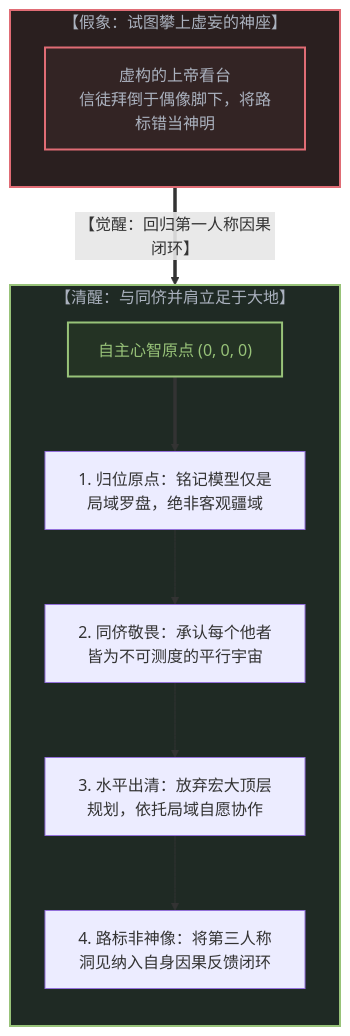
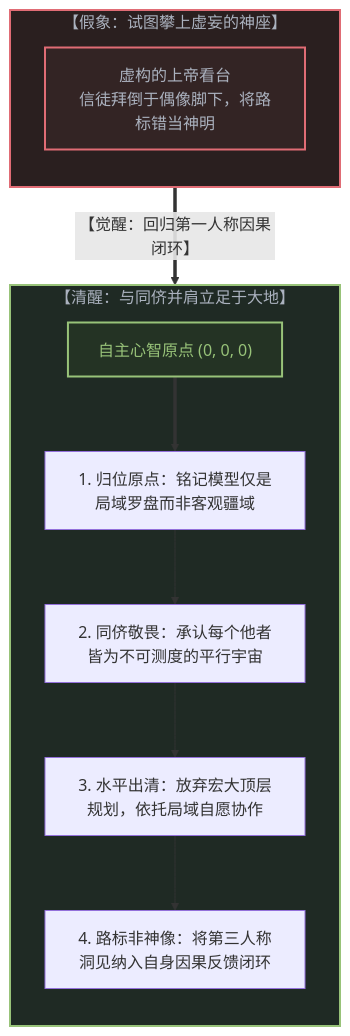
One commit to powerpig99/not-a-toe changed the ninth of 10 diagrams in content/posts/the-invisible-gods-eye.md. Above: the diagram before and after it, drawn with Mermaid. The commit also changed other lines of this file, not shown here.

````diff
--- a/content/posts/the-invisible-gods-eye.md
+++ b/content/posts/the-invisible-gods-eye.md
@@ -421,29 +421,29 @@
 ```mermaid
 graph TD
     subgraph FalseAscent["【假象：试图攀上虚妄的神座】"]
         direction TB
         GodBalcony["虚构的上帝看台<br>信徒拜倒于偶像脚下，将路标错当神明"]
     end
 
     FalseAscent ==>|"【觉醒：回归第一人称因果闭环】"| GroundedSovereignty
 
     subgraph GroundedSovereignty["【清醒：与同侪并肩立足于大地】"]
         direction TB
         OriginGround["自主心智原点 (0, 0, 0)"]
         
-        Step1["1. 归位原点：铭记模型仅是局域罗盘，绝非客观疆域"]
+        Step1["1. 归位原点：铭记模型仅是局域罗盘而非客观疆域"]
         Step2["2. 同侪敬畏：承认每个他者皆为不可测度的平行宇宙"]
         Step3["3. 水平出清：放弃宏大顶层规划，依托局域自愿协作"]
         Step4["4. 路标非神像：将第三人称洞见纳入自身因果反馈闭环"]
 
         OriginGround ==> Step1
         Step1 --> Step2
         Step2 --> Step3
         Step3 --> Step4
     end
 
     style FalseAscent fill:#2a1f1f,stroke:#e06c75,stroke-width:2px,color:#abb2bf
     style GroundedSovereignty fill:#1f2a24,stroke:#98c379,stroke-width:2px,color:#abb2bf
     style GodBalcony fill:#332424,stroke:#e06c75,stroke-width:2px,color:#abb2bf
     style OriginGround fill:#243324,stroke:#98c379,stroke-width:2px,color:#98c379
 ```
````
